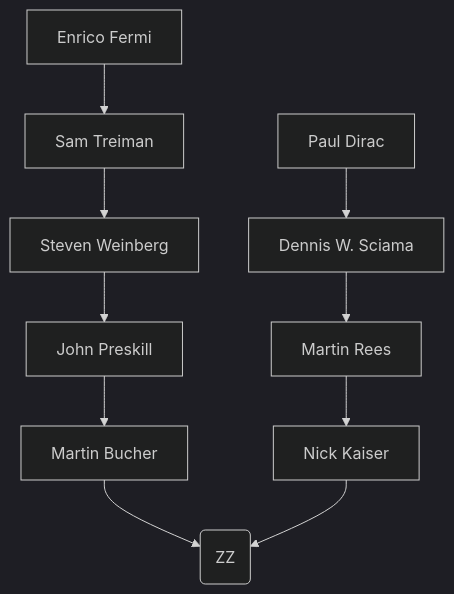
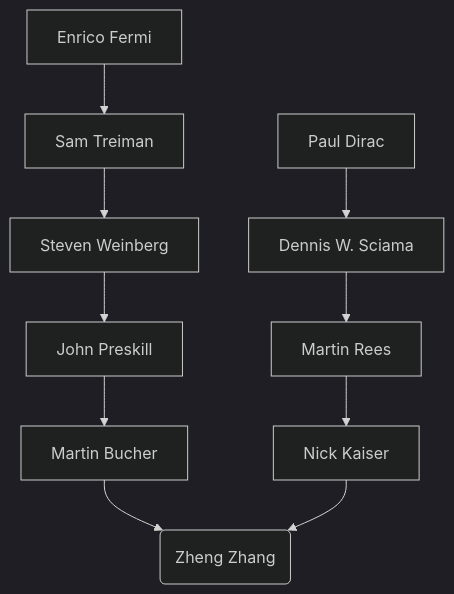
Before and after one commit to zzhang0123/zzhang0123.github.io: the diagram in _pages/about.md, drawn with Mermaid (dark theme).

```diff
--- a/_pages/about.md
+++ b/_pages/about.md
@@ -84,12 +84,12 @@
     <div class="mermaid">
         graph TD
-            B[Martin Bucher] --> A(ZZ)
+            B[Martin Bucher] --> A(Zheng Zhang)
             C[Nick Kaiser]  --> A
             D[John Preskill] --> B
             E[Martin Rees] --> C
             F[Steven Weinberg] --> D
             G[Sam Treiman] --> F 
             H[Enrico Fermi] --> G
             I[Dennis W. Sciama] --> E
             J[Paul Dirac] --> I
     </div>
```
